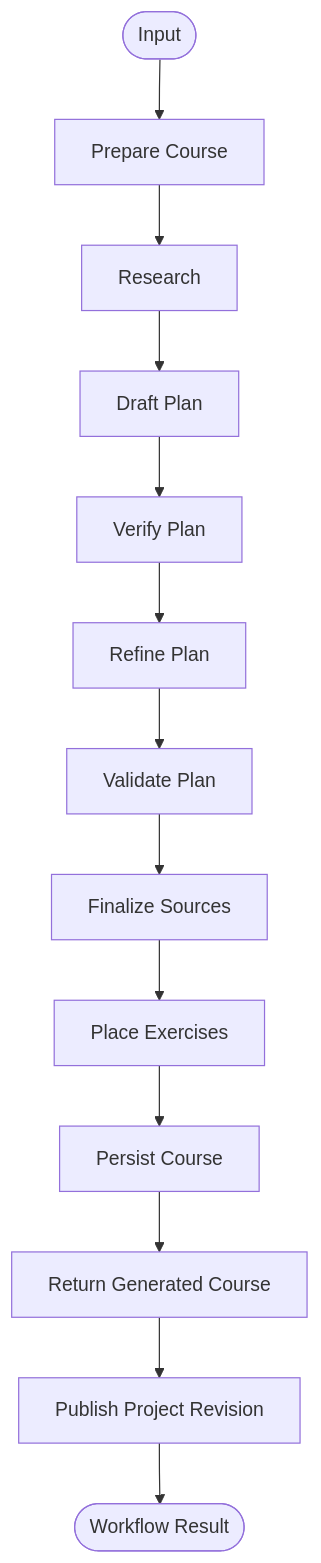
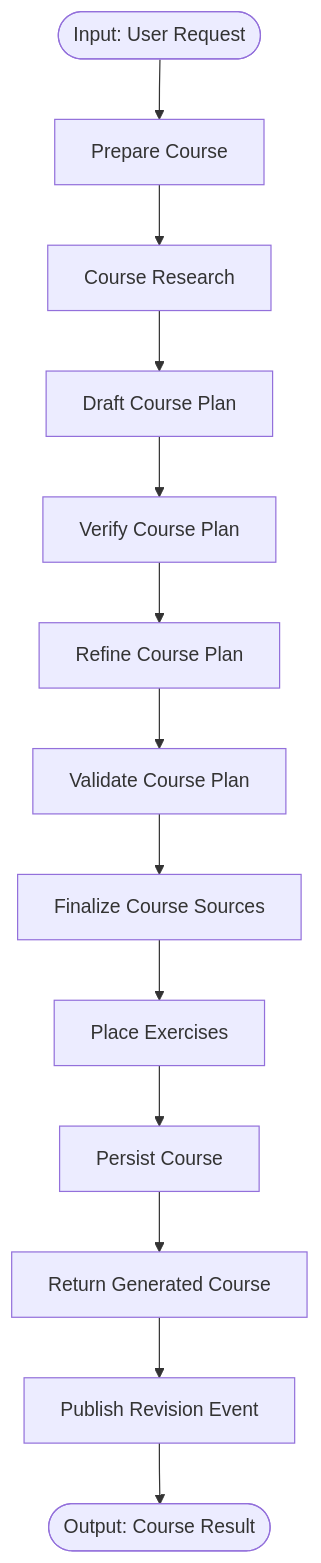
One commit to immagiov4/Nous changed the first of 2 diagrams in .cubic/wiki/03-section-features/01-p-course-gen.md. Above: the diagram before and after it, drawn with Mermaid. The commit also changed other lines of this file, not shown here.

Commit message:
Keep course workflow docs focused on actual prompt changes

````diff
--- a/.cubic/wiki/03-section-features/01-p-course-gen.md
+++ b/.cubic/wiki/03-section-features/01-p-course-gen.md
@@ -29,15 +39,15 @@
 ```mermaid
 flowchart TD
-    Start([Input]) --> Prepare[Prepare Course]
-    Prepare --> Research[Research]
-    Research --> Draft[Draft Plan]
-    Draft --> Verify[Verify Plan]
-    Verify --> Refine[Refine Plan]
-    Refine --> Validate[Validate Plan]
-    Validate --> SourceFin[Finalize Sources]
+    Start([Input: User Request]) --> Prepare[Prepare Course]
+    Prepare --> Research[Course Research]
+    Research --> Draft[Draft Course Plan]
+    Draft --> Verify[Verify Course Plan]
+    Verify --> Refine[Refine Course Plan]
+    Refine --> Validate[Validate Course Plan]
+    Validate --> SourceFin[Finalize Course Sources]
     SourceFin --> Exercises[Place Exercises]
     Exercises --> Persist[Persist Course]
     Persist --> Result[Return Generated Course]
-    Result --> Publish[Publish Project Revision]
-    Publish --> Done([Workflow Result])
+    Result --> Publish[Publish Revision Event]
+    Publish --> End([Output: Course Result])
 ```
````
